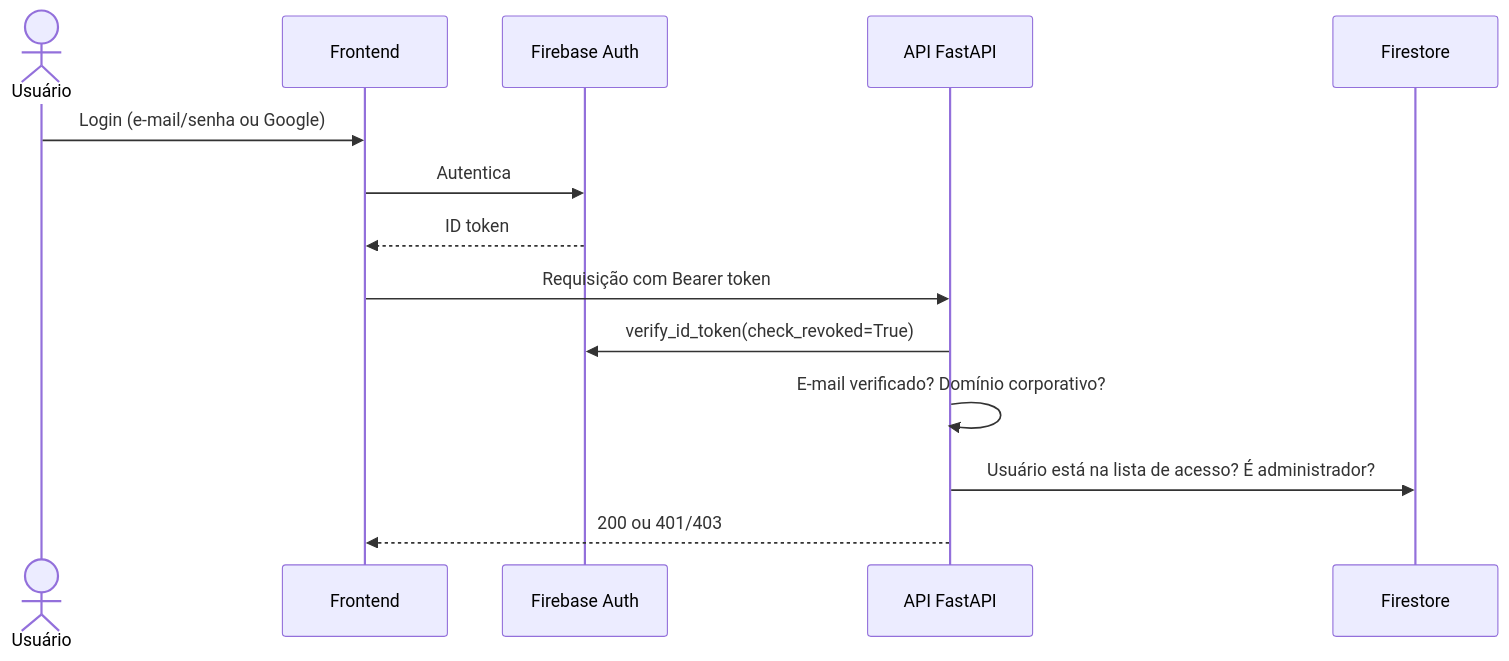
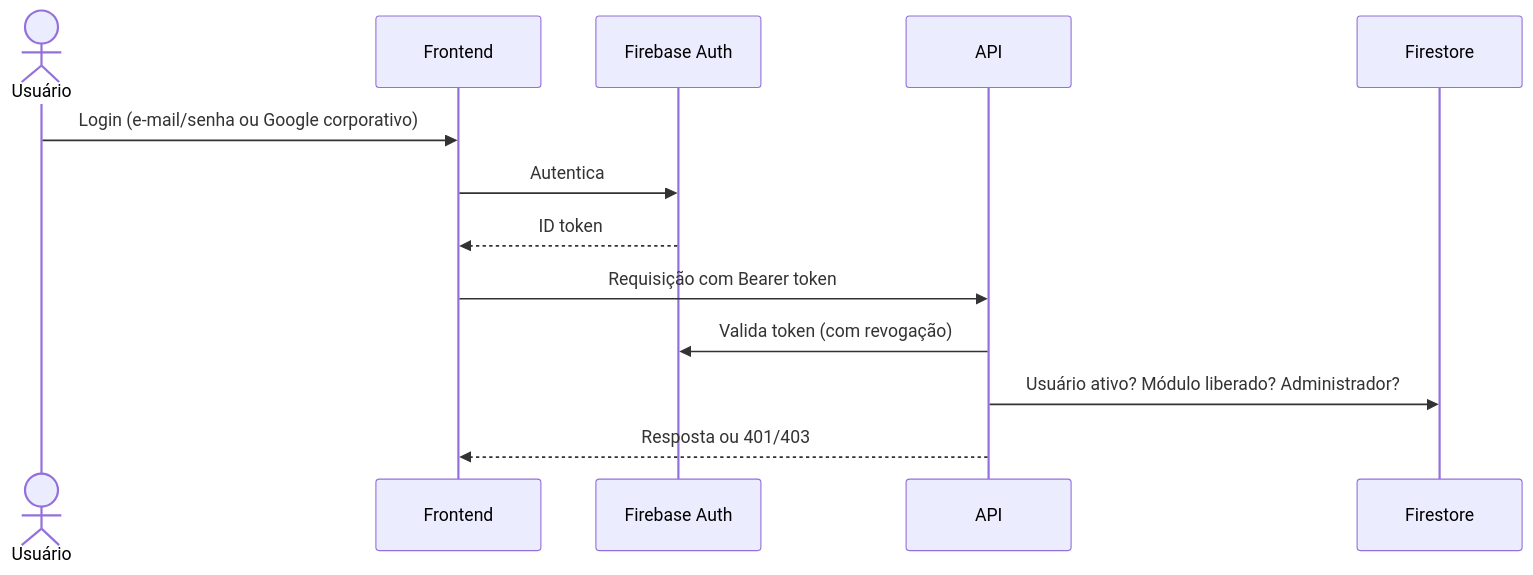
One commit to FassoloLucas/gestao-contratos-locacao-ia changed the second of 3 diagrams in docs/arquitetura.md. Above: the diagram before and after it, drawn with Mermaid. The commit also changed other lines of this file and 3 other files, not shown here.

````diff
--- a/docs/arquitetura.md
+++ b/docs/arquitetura.md
@@ -44,17 +52,16 @@
 ```mermaid
 sequenceDiagram
     actor U as Usuário
     participant FE as Frontend
     participant FA as Firebase Auth
-    participant API as API FastAPI
+    participant API as API
     participant FS as Firestore
 
-    U->>FE: Login (e-mail/senha ou Google)
+    U->>FE: Login (e-mail/senha ou Google corporativo)
     FE->>FA: Autentica
     FA-->>FE: ID token
     FE->>API: Requisição com Bearer token
-    API->>FA: verify_id_token(check_revoked=True)
-    API->>API: E-mail verificado? Domínio corporativo?
-    API->>FS: Usuário está na lista de acesso? É administrador?
-    API-->>FE: 200 ou 401/403
+    API->>FA: Valida token (com revogação)
+    API->>FS: Usuário ativo? Módulo liberado? Administrador?
+    API-->>FE: Resposta ou 401/403
 ```
````
